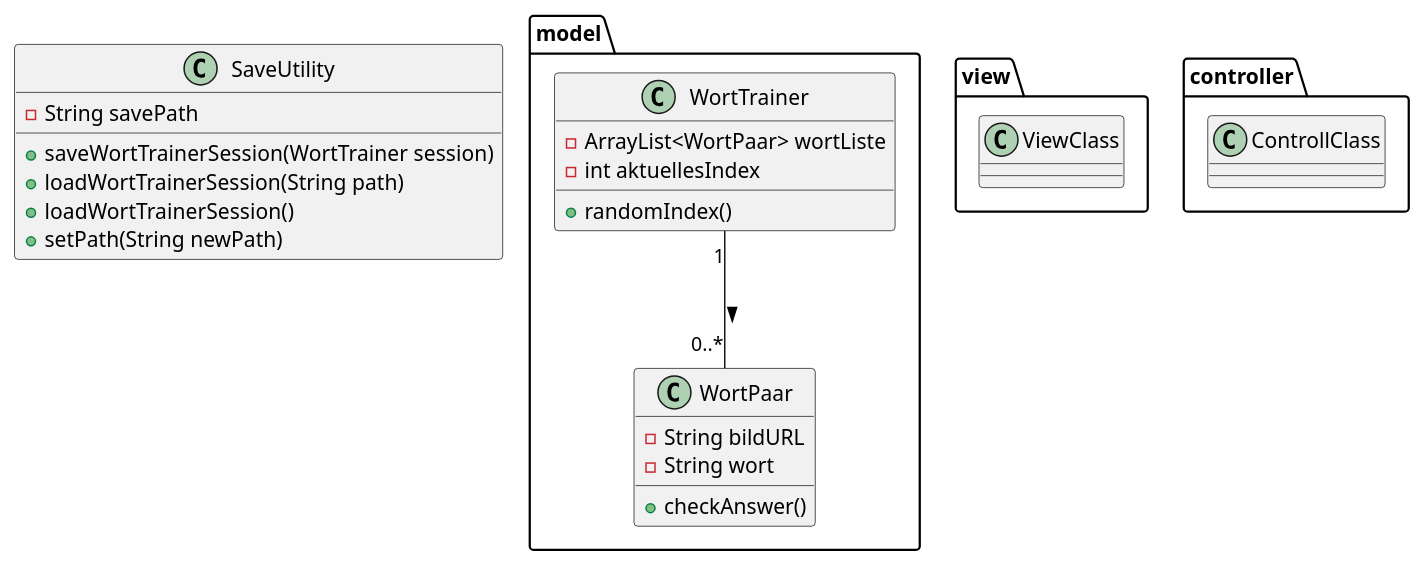
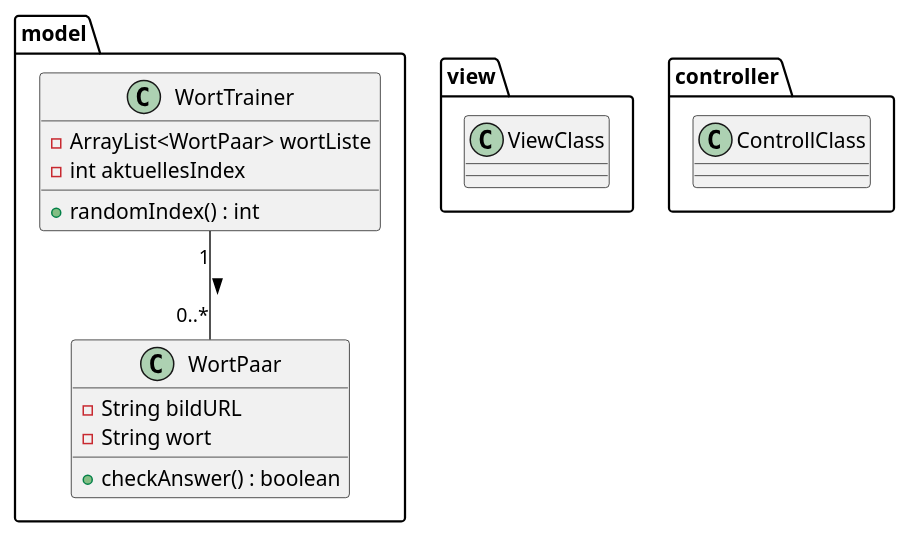
One commit to TGM-HIT/sew9-2425-worttrainer-aaabdulkarim changed the diagram in Worttrainer_UML.puml. Above: the diagram before and after it, drawn with PlantUML. The commit also changed 1 other file, not shown here.

```diff
--- a/Worttrainer_UML.puml
+++ b/Worttrainer_UML.puml
@@ -1,42 +1,37 @@
 @startuml
 'https://plantuml.com/class-diagram
 
 package model {
+
+
     class WortPaar {
         - String bildURL
         - String wort
-        + checkAnswer()
+        + checkAnswer() : boolean
     }
 
 
     class WortTrainer {
         - ArrayList<WortPaar> wortListe
         - int aktuellesIndex
-        + randomIndex()
+        + randomIndex() : int
     }
 }
 
 
 package view {
     class ViewClass {
     }
 }
 
 package controller {
     class ControllClass {
     }
 }
 
 
 
-class SaveUtility {
-    - String savePath
-    + saveWortTrainerSession(WortTrainer session)
-    + loadWortTrainerSession(String path)
-    + loadWortTrainerSession()
-    + setPath(String newPath)
-}
 
 WortTrainer "1" -- "0..*" WortPaar : >
 
 @enduml
```
